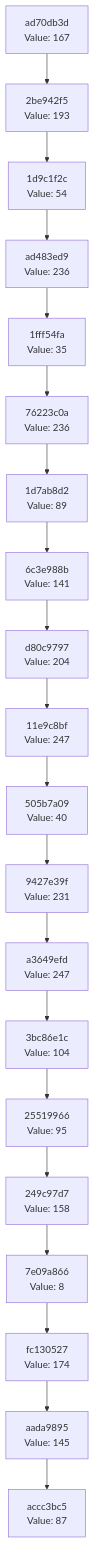
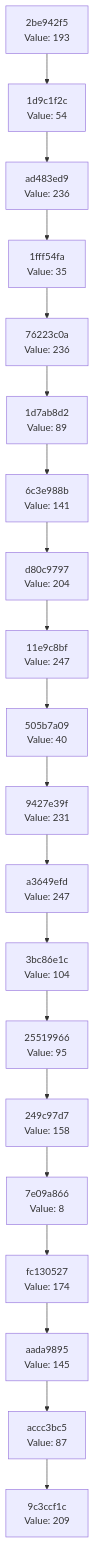
Before and after one commit to Abhisheksinha1506/hash-chain-evolver: the diagram in docs/CHAIN_VISUALIZATION.md, drawn with Mermaid. The commit also changed 1 other file, not shown here.

Commit message:
Evolution Step

````diff
--- a/docs/CHAIN_VISUALIZATION.md
+++ b/docs/CHAIN_VISUALIZATION.md
@@ -3,42 +3,42 @@
 ```mermaid
 graph TD
-    C0["accc3bc5<br/>Value: 87"]
-    C1["aada9895<br/>Value: 145"]
+    C0["9c3ccf1c<br/>Value: 209"]
+    C1["accc3bc5<br/>Value: 87"]
     C1 --> C0
-    C2["fc130527<br/>Value: 174"]
+    C2["aada9895<br/>Value: 145"]
     C2 --> C1
-    C3["7e09a866<br/>Value: 8"]
+    C3["fc130527<br/>Value: 174"]
     C3 --> C2
-    C4["249c97d7<br/>Value: 158"]
+    C4["7e09a866<br/>Value: 8"]
     C4 --> C3
-    C5["25519966<br/>Value: 95"]
+    C5["249c97d7<br/>Value: 158"]
     C5 --> C4
-    C6["3bc86e1c<br/>Value: 104"]
+    C6["25519966<br/>Value: 95"]
     C6 --> C5
-    C7["a3649efd<br/>Value: 247"]
+    C7["3bc86e1c<br/>Value: 104"]
     C7 --> C6
-    C8["9427e39f<br/>Value: 231"]
+    C8["a3649efd<br/>Value: 247"]
     C8 --> C7
-    C9["505b7a09<br/>Value: 40"]
+    C9["9427e39f<br/>Value: 231"]
     C9 --> C8
-    C10["11e9c8bf<br/>Value: 247"]
+    C10["505b7a09<br/>Value: 40"]
     C10 --> C9
-    C11["d80c9797<br/>Value: 204"]
+    C11["11e9c8bf<br/>Value: 247"]
     C11 --> C10
-    C12["6c3e988b<br/>Value: 141"]
+    C12["d80c9797<br/>Value: 204"]
     C12 --> C11
-    C13["1d7ab8d2<br/>Value: 89"]
+    C13["6c3e988b<br/>Value: 141"]
     C13 --> C12
-    C14["76223c0a<br/>Value: 236"]
+    C14["1d7ab8d2<br/>Value: 89"]
     C14 --> C13
-    C15["1fff54fa<br/>Value: 35"]
+    C15["76223c0a<br/>Value: 236"]
     C15 --> C14
-    C16["ad483ed9<br/>Value: 236"]
+    C16["1fff54fa<br/>Value: 35"]
     C16 --> C15
-    C17["1d9c1f2c<br/>Value: 54"]
+    C17["ad483ed9<br/>Value: 236"]
     C17 --> C16
-    C18["2be942f5<br/>Value: 193"]
+    C18["1d9c1f2c<br/>Value: 54"]
     C18 --> C17
-    C19["ad70db3d<br/>Value: 167"]
+    C19["2be942f5<br/>Value: 193"]
     C19 --> C18
 ```
````
